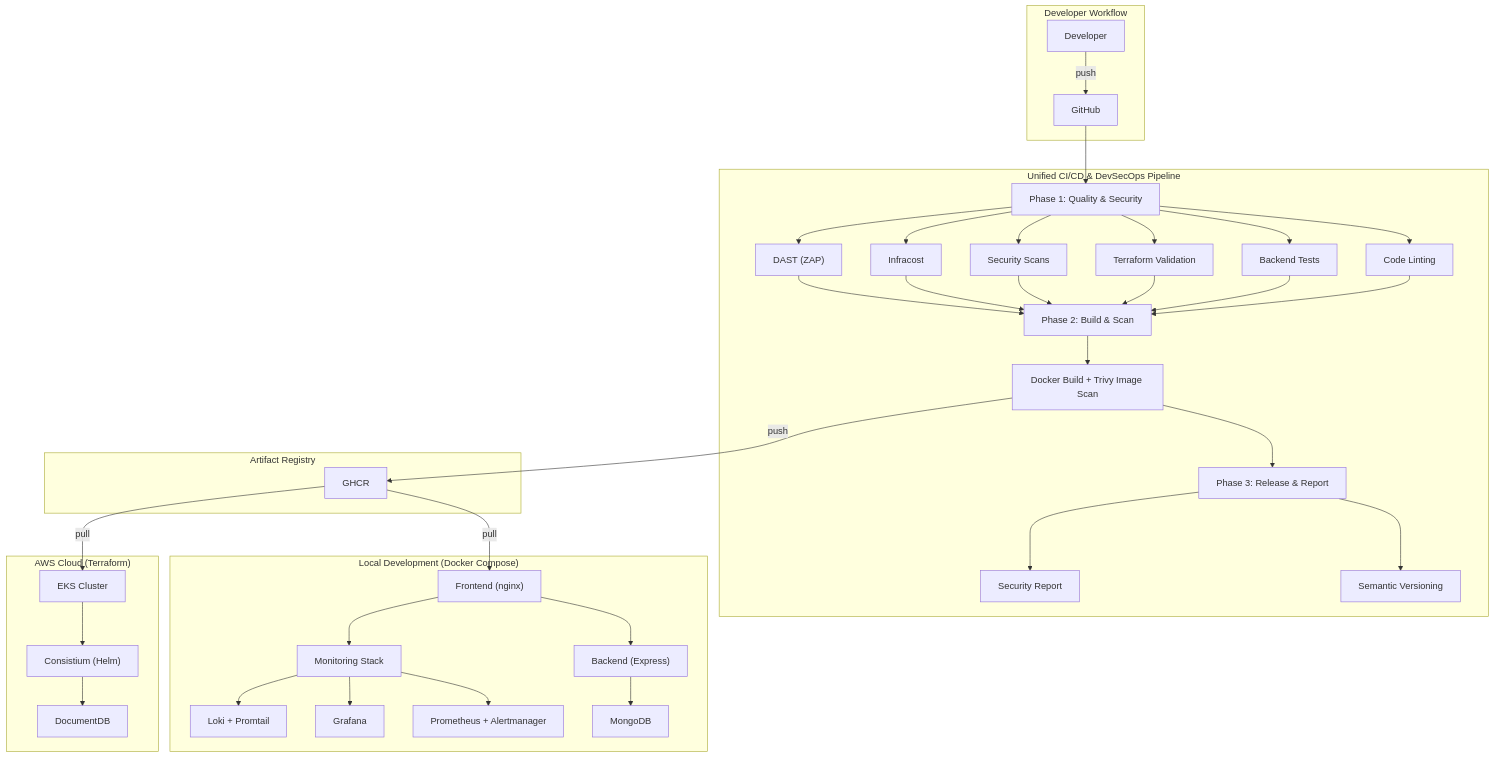
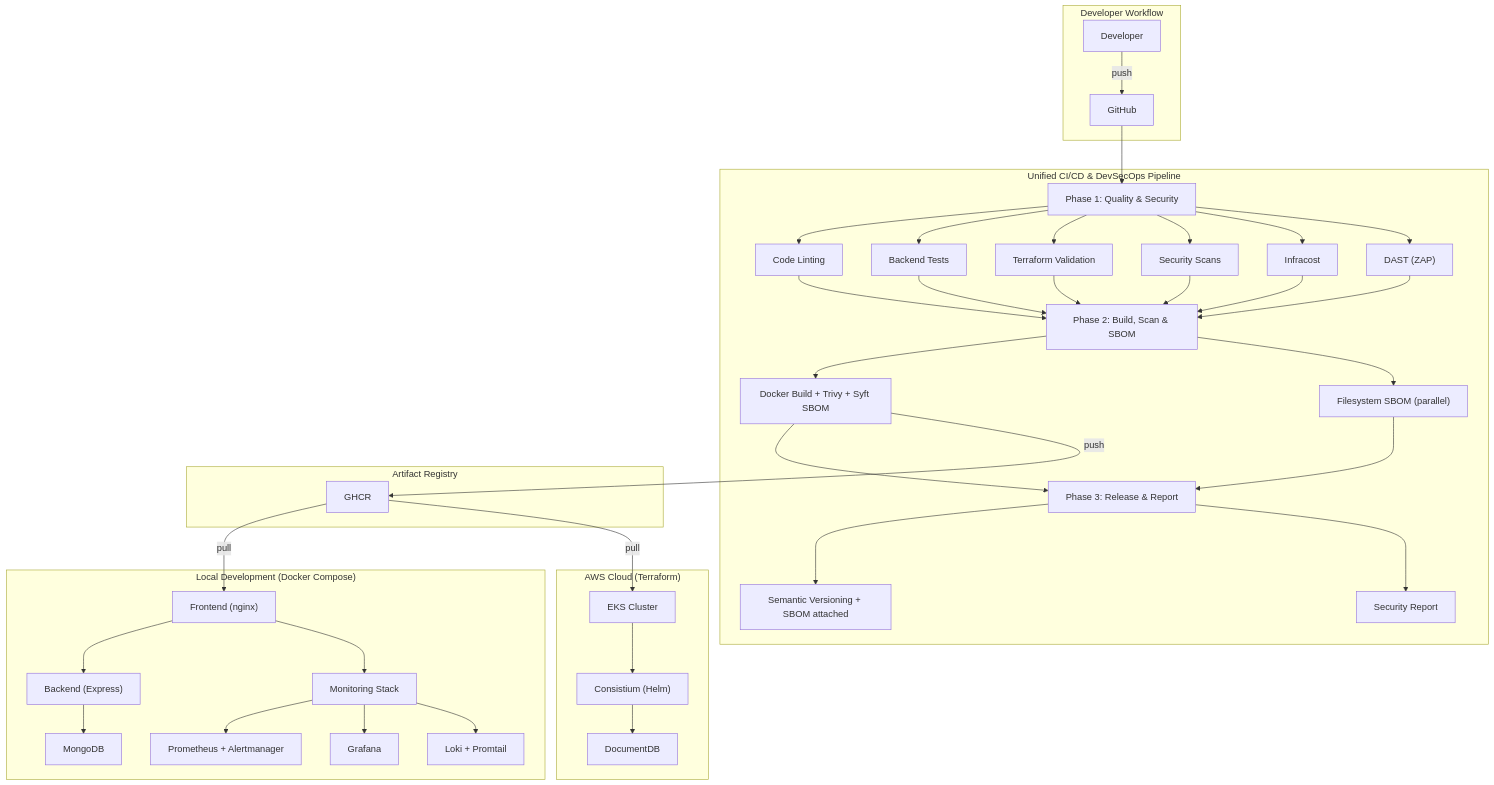
The diagram in docs/devops/README.md (Kalpanapramodya97/consistium), drawn with Mermaid before and after one commit. The commit also changed other lines of this file and 12 other files, not shown here.

````diff
--- a/docs/devops/README.md
+++ b/docs/devops/README.md
@@ -100,41 +103,42 @@
 ```mermaid
 graph TB
     subgraph Dev["Developer Workflow"]
         A["Developer"] -->|push| B["GitHub"]
     end
 
     subgraph Pipeline["Unified CI/CD & DevSecOps Pipeline"]
         B --> C["Phase 1: Quality & Security"]
         C --> C1["Code Linting"]
         C --> C2["Backend Tests"]
         C --> C3["Terraform Validation"]
         C --> C4["Security Scans"]
         C --> C5["Infracost"]
         C --> C6["DAST (ZAP)"]
-        C1 & C2 & C3 & C4 & C5 & C6 --> D["Phase 2: Build & Scan"]
-        D --> D1["Docker Build + Trivy Image Scan"]
-        D1 --> E["Phase 3: Release & Report"]
-        E --> E1["Semantic Versioning"]
+        C1 & C2 & C3 & C4 & C5 & C6 --> D["Phase 2: Build, Scan & SBOM"]
+        D --> D1["Docker Build + Trivy + Syft SBOM"]
+        D --> D2["Filesystem SBOM (parallel)"]
+        D1 & D2 --> E["Phase 3: Release & Report"]
+        E --> E1["Semantic Versioning + SBOM attached"]
         E --> E2["Security Report"]
     end
 
     subgraph Registry["Artifact Registry"]
         D1 -->|push| F["GHCR"]
     end
 
     subgraph Local["Local Development (Docker Compose)"]
         F -->|pull| G["Frontend (nginx)"]
         G --> H["Backend (Express)"]
         H --> I["MongoDB"]
         G --> J["Monitoring Stack"]
         J --> J1["Prometheus + Alertmanager"]
         J --> J2["Grafana"]
         J --> J3["Loki + Promtail"]
     end
 
     subgraph AWS["AWS Cloud (Terraform)"]
         F -->|pull| K["EKS Cluster"]
         K --> K1["Consistium (Helm)"]
         K1 --> L["DocumentDB"]
     end
 ```
````
